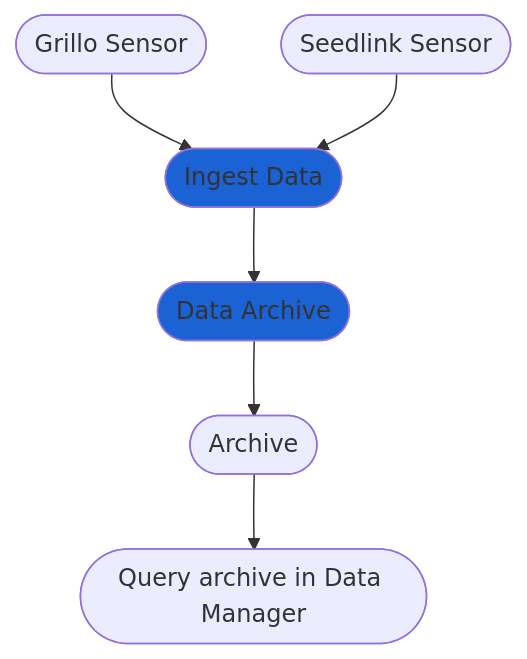
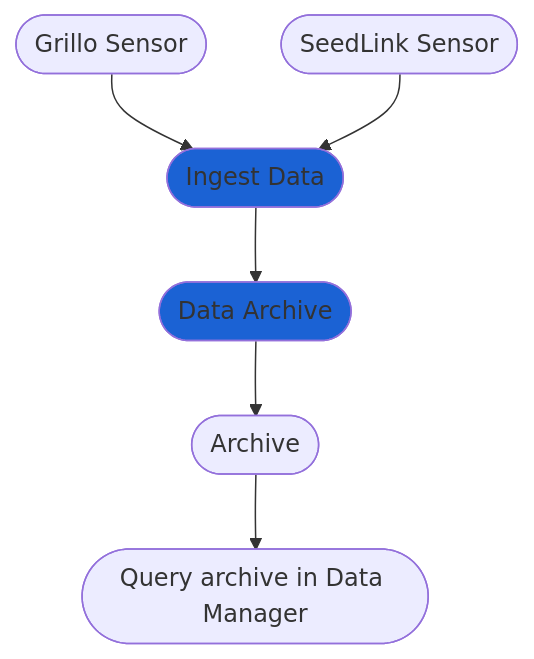
The diagram in docs/how-to/archive_data.md (grillo/grillo-docs), drawn with Mermaid before and after one commit. The commit also changed 5 other files, not shown here.

Commit message:
SeedLink

````diff
--- a/docs/how-to/archive_data.md
+++ b/docs/how-to/archive_data.md
@@ -9,6 +9,6 @@
 ```mermaid
 flowchart TB
-   A([Grillo Sensor]) & B([Seedlink Sensor]) --> C([Ingest Data]) --> D([Data Archive]) --> E([Archive]) --> F([Query archive in Data Manager])
+   A([Grillo Sensor]) & B([SeedLink Sensor]) --> C([Ingest Data]) --> D([Data Archive]) --> E([Archive]) --> F([Query archive in Data Manager])
    style C fill:#1b62d4
    style D fill:#1b62d4
 ```
````
